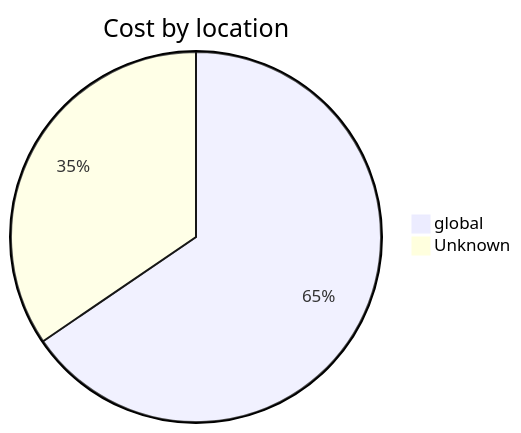
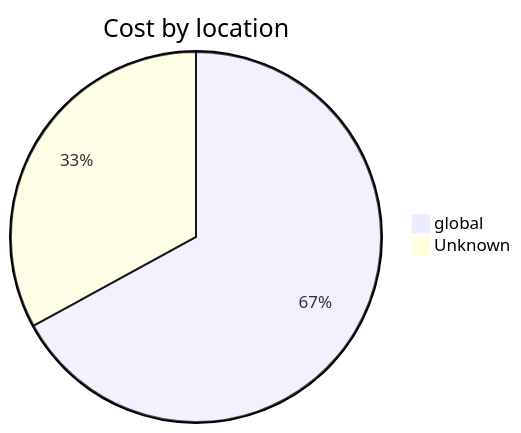
One commit to jpfulton/azure-personal-reports changed the third of 4 diagrams in cost-reports/personal-dns/README.md. Above: the diagram before and after it, drawn with Mermaid. The commit also changed other lines of this file and 2 other files, not shown here.

````diff
--- a/cost-reports/personal-dns/README.md
+++ b/cost-reports/personal-dns/README.md
@@ -108,6 +108,6 @@
 ```mermaid
 pie
    title Cost by location
-   "global" : 0.55
+   "global" : 0.59
    "Unknown" : 0.29
 ```
````
